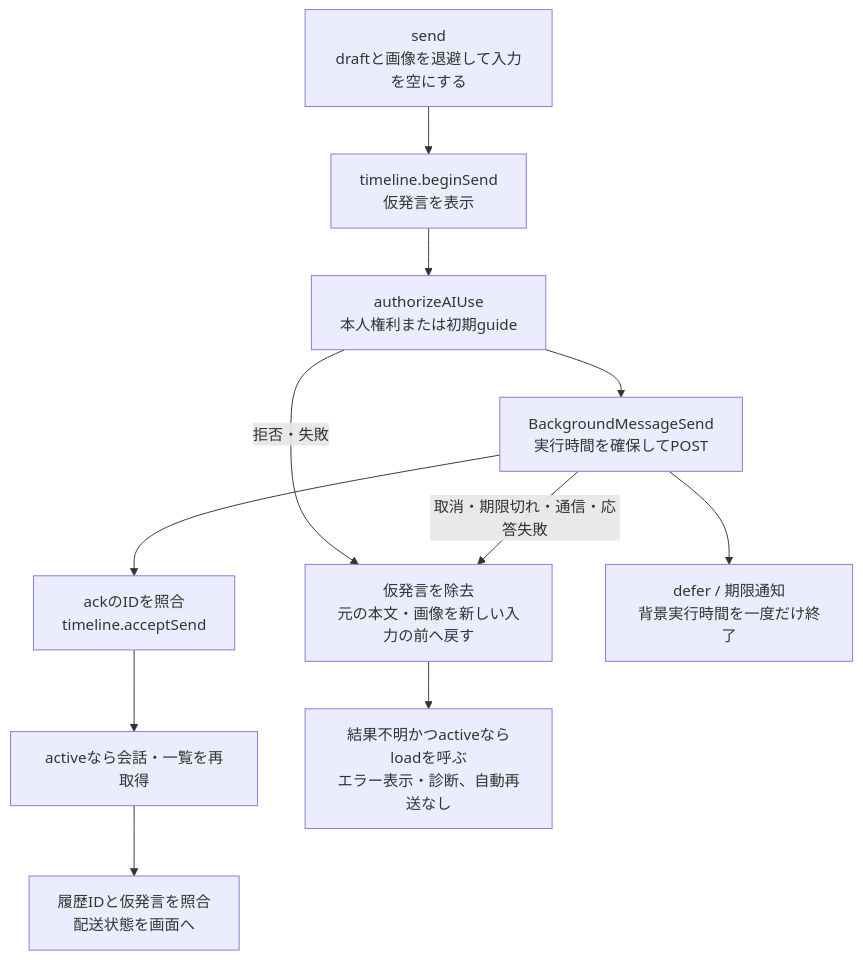
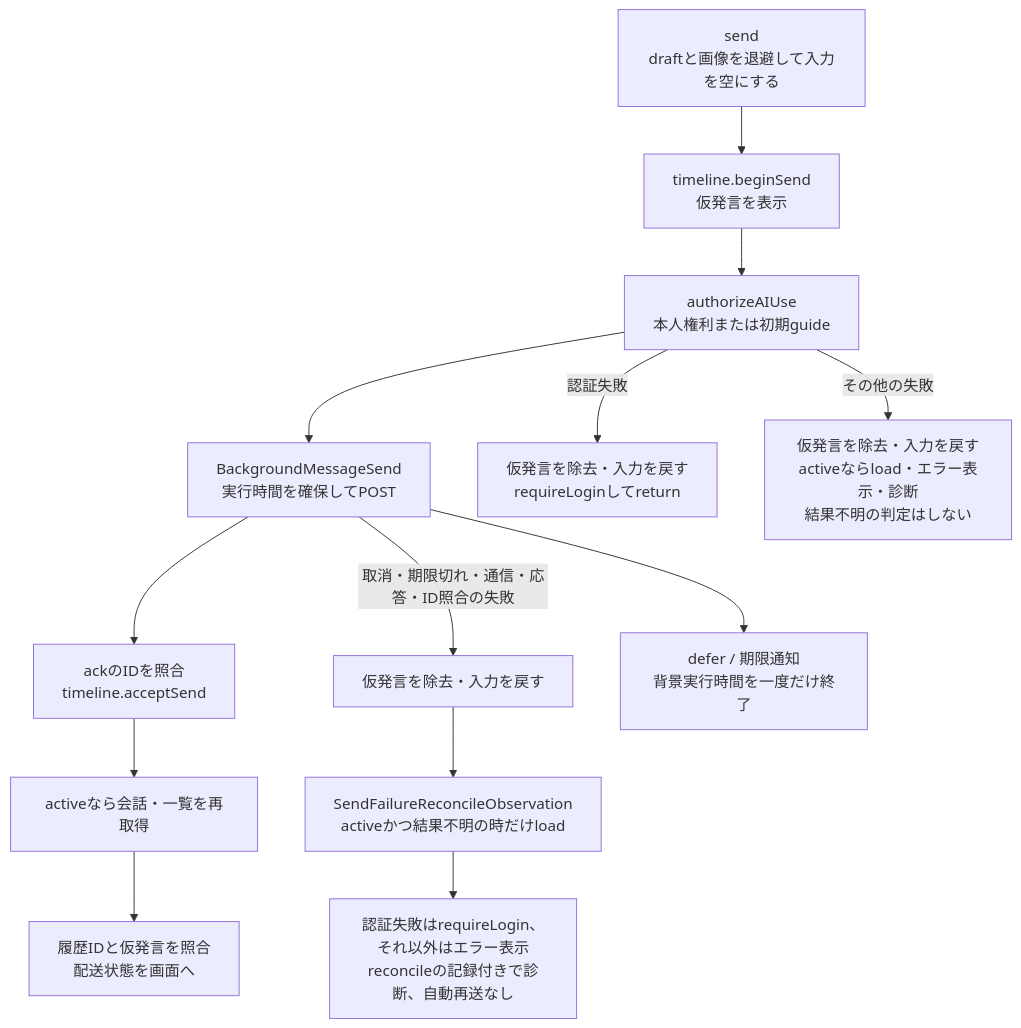
The third of 3 diagrams in docs/architecture/modules/apple/state-and-sync.md (kitepon/BellTeam), drawn with Mermaid before and after one commit. The commit also changed other lines of this file and 1 other file, not shown here.

Commit message:
送信失敗の図を利用確認とPOSTの3経路に分け、手順書を現在地へ合わせる
Claude-Session: https://claude.ai/code/session_01Noy79K9MGKy49WfUeMTf5f

````diff
--- a/docs/architecture/modules/apple/state-and-sync.md
+++ b/docs/architecture/modules/apple/state-and-sync.md
@@ -88,13 +88,15 @@
 ```mermaid
 flowchart TD
   Send["send<br/>draftと画像を退避して入力を空にする"] --> Pending["timeline.beginSend<br/>仮発言を表示"]
   Pending --> Access["authorizeAIUse<br/>本人権利または初期guide"]
   Access --> Post["BackgroundMessageSend<br/>実行時間を確保してPOST"]
   Post --> Ack["ackのIDを照合<br/>timeline.acceptSend"]
   Ack --> Read["activeなら会話・一覧を再取得"]
   Read --> Visible["履歴IDと仮発言を照合<br/>配送状態を画面へ"]
-  Access -->|"拒否・失敗"| Restore["仮発言を除去<br/>元の本文・画像を新しい入力の前へ戻す"]
-  Post -->|"取消・期限切れ・通信・応答失敗"| Restore
-  Restore --> Check["結果不明かつactiveならloadを呼ぶ<br/>エラー表示・診断、自動再送なし"]
+  Access -->|"認証失敗"| AuthFail["仮発言を除去・入力を戻す<br/>requireLoginしてreturn"]
+  Access -->|"その他の失敗"| PreFail["仮発言を除去・入力を戻す<br/>activeならload・エラー表示・診断<br/>結果不明の判定はしない"]
+  Post -->|"取消・期限切れ・通信・応答・ID照合の失敗"| Restore["仮発言を除去・入力を戻す"]
+  Restore --> Check["SendFailureReconcileObservation<br/>activeかつ結果不明の時だけload"]
+  Check --> Report["認証失敗はrequireLogin、それ以外はエラー表示<br/>reconcileの記録付きで診断、自動再送なし"]
   Post --> Cleanup["defer / 期限通知<br/>背景実行時間を一度だけ終了"]
 ```
````
